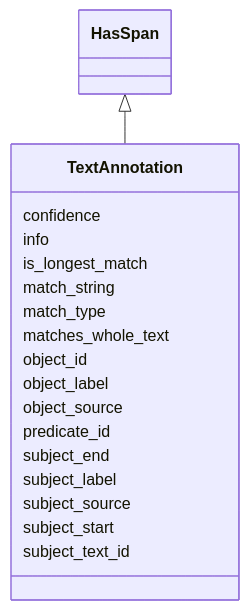
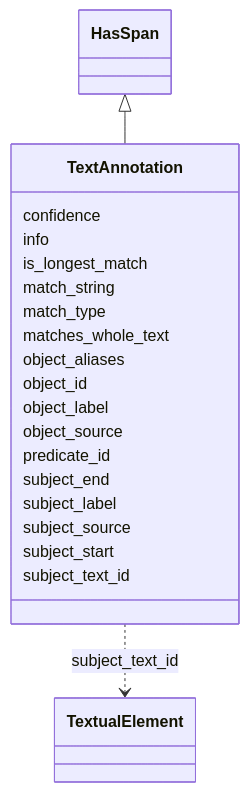
One commit to INCATools/ontology-access-kit changed the diagram in docs/datamodels/text-annotator/TextAnnotation.md. Above: the diagram before and after it, drawn with Mermaid. The commit also changed other lines of this file and 521 other files, not shown here.

````diff
--- a/docs/datamodels/text-annotator/TextAnnotation.md
+++ b/docs/datamodels/text-annotator/TextAnnotation.md
@@ -10,22 +11,41 @@
 ```{mermaid}
  classDiagram
     class TextAnnotation
       HasSpan <|-- TextAnnotation
       
       TextAnnotation : confidence
+        
       TextAnnotation : info
+        
       TextAnnotation : is_longest_match
+        
       TextAnnotation : match_string
+        
       TextAnnotation : match_type
+        
       TextAnnotation : matches_whole_text
+        
+      TextAnnotation : object_aliases
+        
       TextAnnotation : object_id
+        
       TextAnnotation : object_label
+        
       TextAnnotation : object_source
+        
       TextAnnotation : predicate_id
+        
       TextAnnotation : subject_end
+        
       TextAnnotation : subject_label
+        
       TextAnnotation : subject_source
+        
       TextAnnotation : subject_start
+        
       TextAnnotation : subject_text_id
+        
+          TextAnnotation ..> TextualElement : subject_text_id
+        
       
 ```
````
